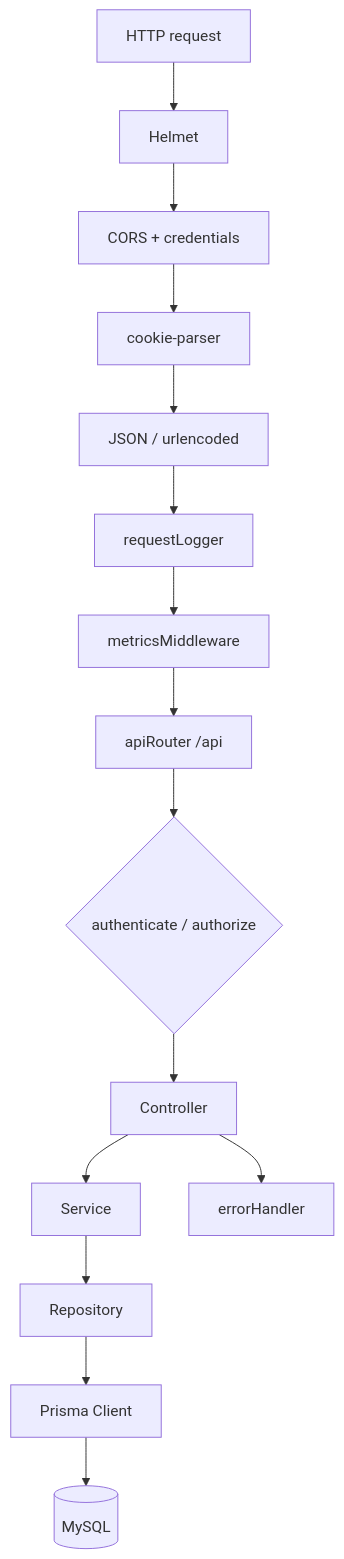
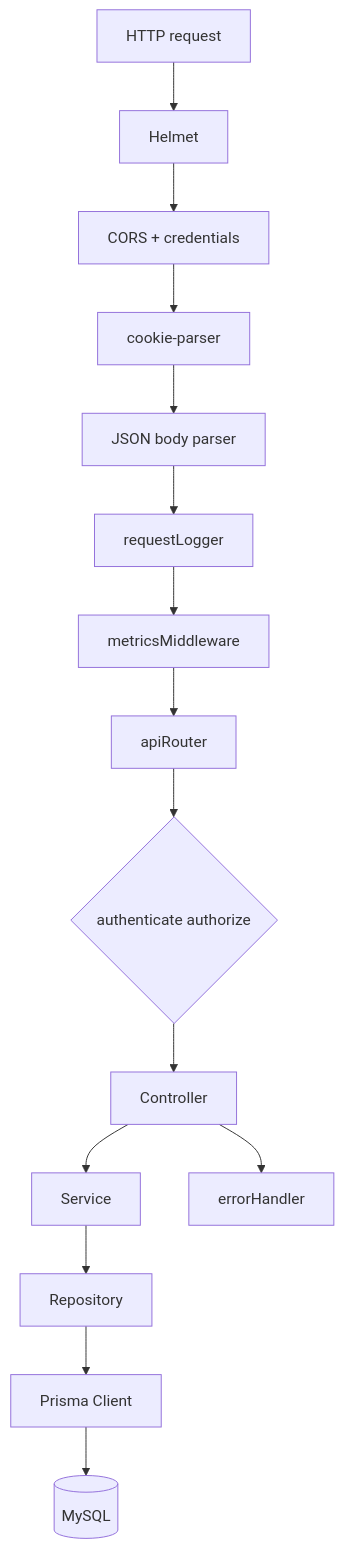
The fourth of 9 diagrams in ARCHITECTURE.md (MetaForge-IT/BillVyapp-Production), drawn with Mermaid before and after one commit. The commit also changed other lines of this file and 1 other file, not shown here.

Commit message:
docs: add V1 architecture and GitHub README landing page fixed the rich display

````diff
--- a/ARCHITECTURE.md
+++ b/ARCHITECTURE.md
@@ -220,17 +228,17 @@
 ```mermaid
 flowchart TB
-  Req[HTTP request] --> Helmet[Helmet]
-  Helmet --> CORS[CORS + credentials]
-  CORS --> Cookies[cookie-parser]
-  Cookies --> Body[JSON / urlencoded]
-  Body --> Log[requestLogger]
-  Log --> Metrics[metricsMiddleware]
-  Metrics --> Router[apiRouter /api]
-  Router --> AuthMW{authenticate / authorize}
-  AuthMW --> Ctrl[Controller]
-  Ctrl --> Svc[Service]
-  Svc --> Repo[Repository]
-  Repo --> Prisma[Prisma Client]
-  Prisma --> DB[(MySQL)]
-  Ctrl --> Err[errorHandler]
+  Req["HTTP request"] --> Helmet["Helmet"]
+  Helmet --> CORS["CORS + credentials"]
+  CORS --> Cookies["cookie-parser"]
+  Cookies --> Body["JSON body parser"]
+  Body --> Log["requestLogger"]
+  Log --> Metrics["metricsMiddleware"]
+  Metrics --> Router["apiRouter"]
+  Router --> AuthMW{"authenticate authorize"}
+  AuthMW --> Ctrl["Controller"]
+  Ctrl --> Svc["Service"]
+  Svc --> Repo["Repository"]
+  Repo --> Prisma["Prisma Client"]
+  Prisma --> DB[("MySQL")]
+  Ctrl --> Err["errorHandler"]
 ```
````
